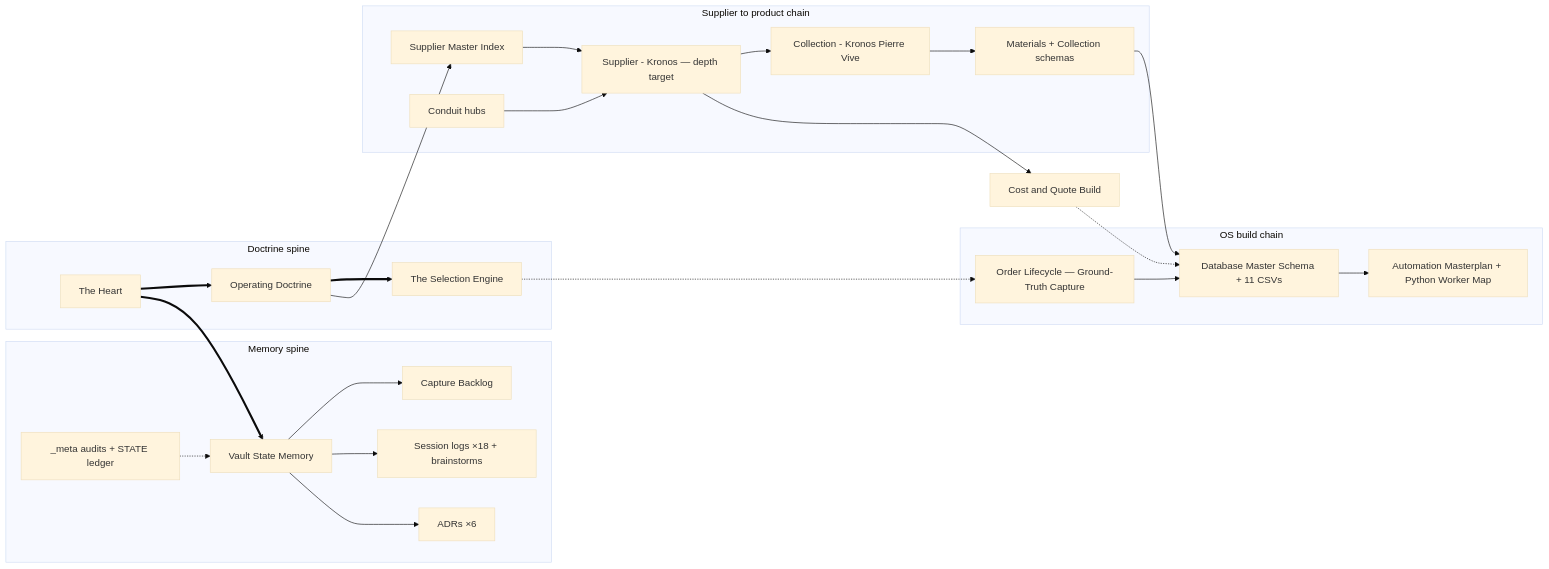
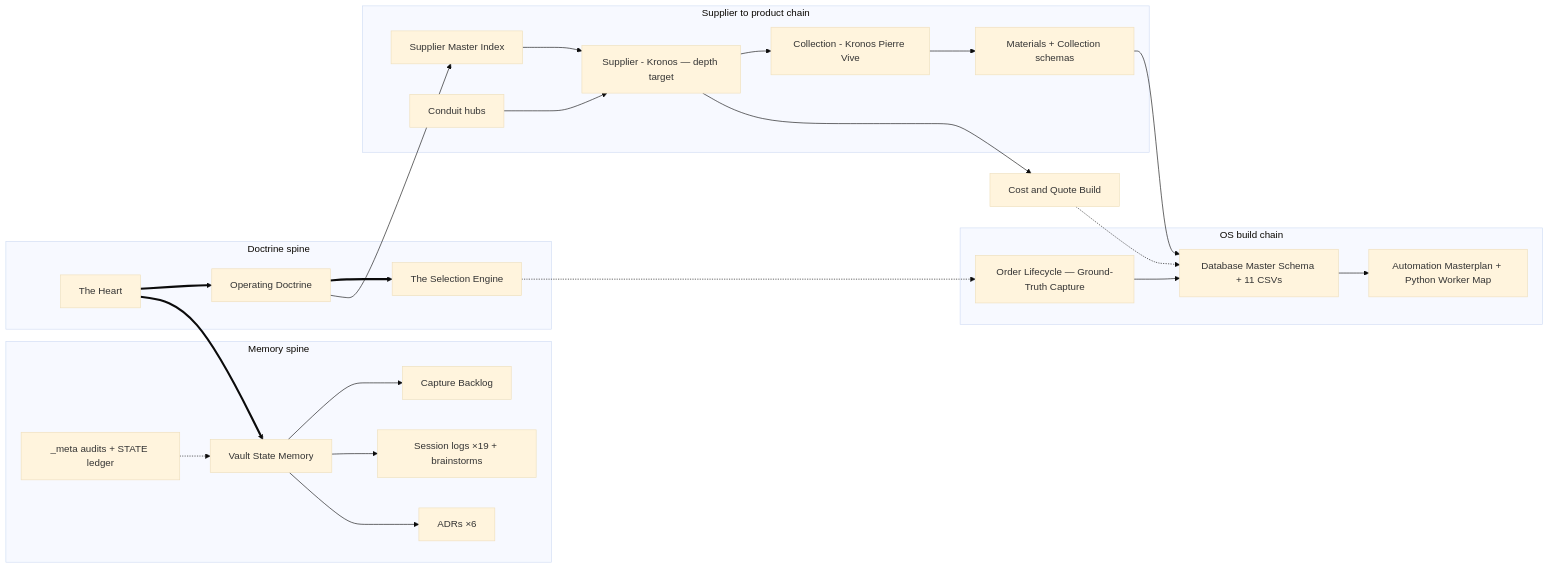
One commit to OrfeasDelis/afoi-deli-vault changed the seventh of 7 diagrams in docs/REPO_ANALYSIS.md. Above: the diagram before and after it, drawn with Mermaid (base theme). The commit also changed other lines of this file and 7 other files, not shown here.

Commit message:
docs: tracer interview COMPLETE — batches E/F/G settled, whole A-G walk done (49 schema-corrections); deleted Mercareon entity; state + repo analysis v1.3 + session log

````diff
--- a/docs/REPO_ANALYSIS.md
+++ b/docs/REPO_ANALYSIS.md
@@ -312,29 +312,29 @@
 ```mermaid
 graph LR
     subgraph doct["Doctrine spine"]
         heart["The Heart"] ==> od["Operating Doctrine"]
         od ==> se["The Selection Engine"]
     end
     subgraph mem["Memory spine"]
         vsm["Vault State Memory"] --> cb["Capture Backlog"]
-        vsm --> sess["Session logs ×18 + brainstorms"]
+        vsm --> sess["Session logs ×19 + brainstorms"]
         vsm --> adr["ADRs ×6"]
         aud["_meta audits + STATE ledger"] -.-> vsm
     end
     subgraph supchain["Supplier to product chain"]
         smi["Supplier Master Index"] --> kron["Supplier - Kronos — depth target"]
         cond2["Conduit hubs"] --> kron
         kron --> pv["Collection - Kronos Pierre Vive"]
         pv --> msch["Materials + Collection schemas"]
     end
     subgraph osb["OS build chain"]
         gt["Order Lifecycle — Ground-Truth Capture"] --> dbs["Database Master Schema + 11 CSVs"]
         dbs --> am["Automation Masterplan + Python Worker Map"]
     end
     heart ==> vsm
     od --> smi
     se -.-> gt
     msch --> dbs
     kron --> cqb["Cost and Quote Build"]
     cqb -.-> dbs
 ```
````
